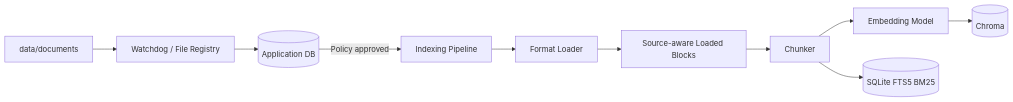
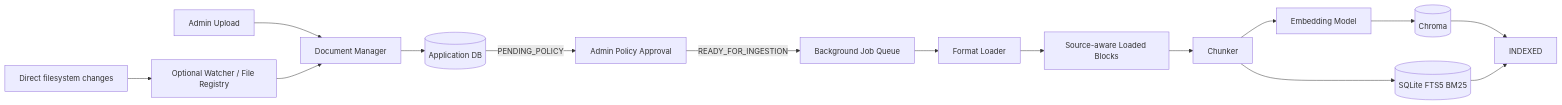
The fourth of 6 diagrams in README.md (aditya-13115/secureRAG), drawn with Mermaid before and after one commit. The commit also changed other lines of this file and 1 other file, not shown here.

Commit message:
docs: update README for admin policy and document management features

````diff
--- a/README.md
+++ b/README.md
@@ -112,15 +120,20 @@
 ```mermaid
 flowchart LR
-    FS[data/documents] --> W[Watchdog / File Registry]
-    W --> SQL[(Application DB)]
+    UP[Admin Upload] --> M[Document Manager]
+    FS[Direct filesystem changes] --> W[Optional Watcher / File Registry]
+    W --> M
+    M --> SQL[(Application DB)]
 
-    SQL -->|Policy approved| I[Indexing Pipeline]
-    I --> L[Format Loader]
+    SQL -->|PENDING_POLICY| ADMIN[Admin Policy Approval]
+    ADMIN -->|READY_FOR_INGESTION| Q[Background Job Queue]
+    Q --> L[Format Loader]
     L --> B[Source-aware Loaded Blocks]
     B --> C[Chunker]
 
     C --> E[Embedding Model]
     E --> V[(Chroma)]
+    C --> K[(SQLite FTS5 BM25)]
 
-    C --> K[(SQLite FTS5 BM25)]
+    V --> IDX[INDEXED]
+    K --> IDX
 ```
````
